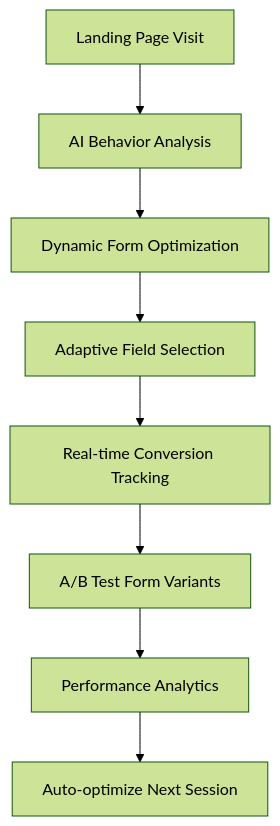
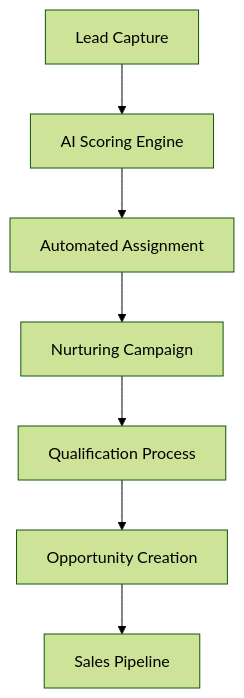
Before and after one commit to Bizoholic-Digital/bizosaas-platform: the first of 7 diagrams in WORKFLOWS_AND_WIZARDS_COMPREHENSIVE.md, drawn with Mermaid (forest theme). The commit also changed other lines of this file and 7820 other files, not shown here.

````diff
--- a/WORKFLOWS_AND_WIZARDS_COMPREHENSIVE.md
+++ b/WORKFLOWS_AND_WIZARDS_COMPREHENSIVE.md
@@ -70,10 +137,9 @@
 ```mermaid
 graph TD
-    A[Landing Page Visit] --> B[AI Behavior Analysis]
-    B --> C[Dynamic Form Optimization]
-    C --> D[Adaptive Field Selection]
-    D --> E[Real-time Conversion Tracking]
-    E --> F[A/B Test Form Variants]
-    F --> G[Performance Analytics]
-    G --> H[Auto-optimize Next Session]
+    A[Lead Capture] --> B[AI Scoring Engine]
+    B --> C[Automated Assignment]
+    C --> D[Nurturing Campaign]
+    D --> E[Qualification Process]
+    E --> F[Opportunity Creation]
+    F --> G[Sales Pipeline]
 ```
````
